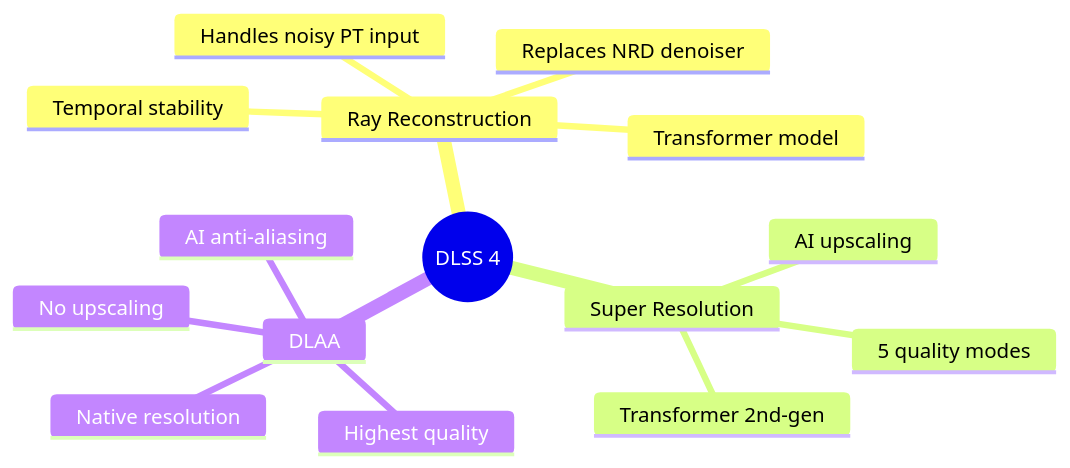
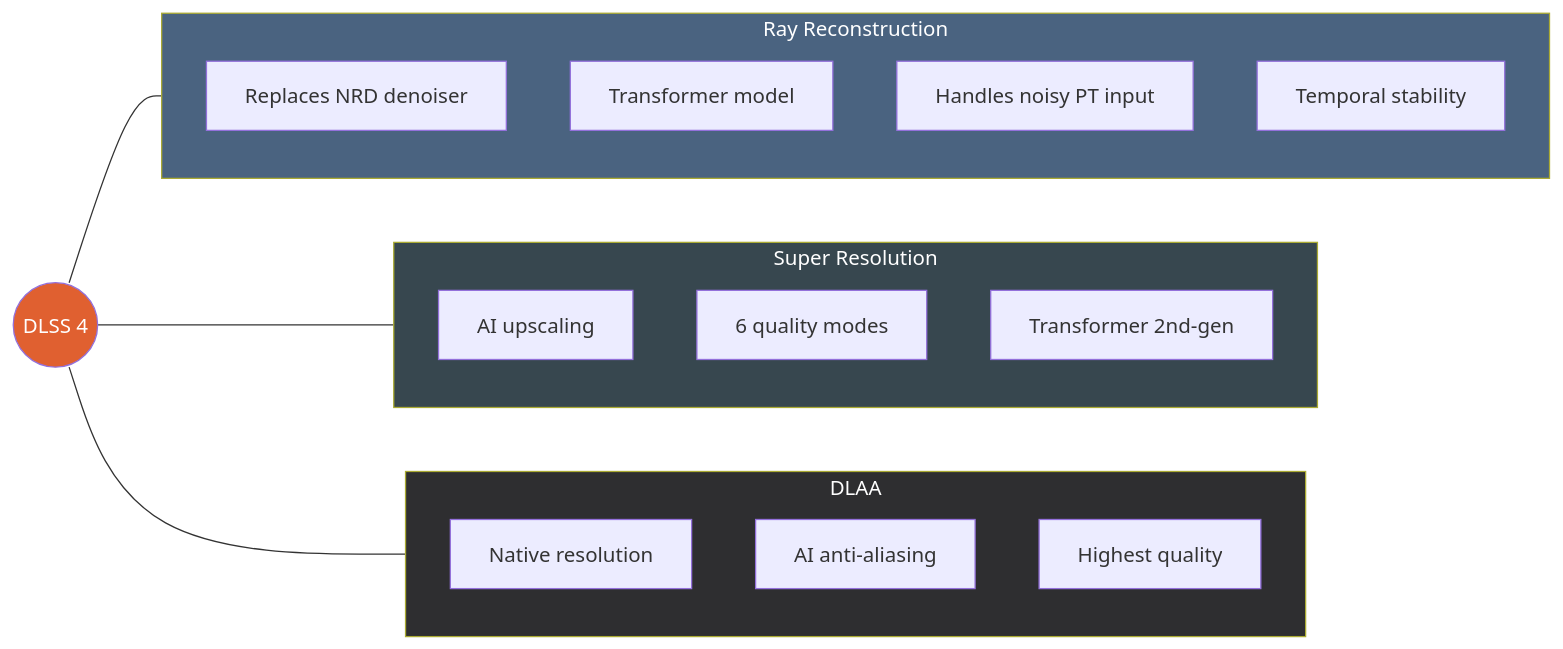
One commit to kalexis1994/ignis-rt changed the first of 2 diagrams in docs/features/dlss.md. Above: the diagram before and after it, drawn with Mermaid. The commit also changed 12 other files, not shown here.

First line of the commit message:
Docs: Ignis palette, favicon, dark-safe diagram fills, contrast JS

````diff
--- a/docs/features/dlss.md
+++ b/docs/features/dlss.md
@@ -7,18 +7,32 @@
 ```mermaid
-mindmap
-  root((DLSS 4))
-    Ray Reconstruction
-      Replaces NRD denoiser
-      Transformer model
-      Handles noisy PT input
-      Temporal stability
-    Super Resolution
-      AI upscaling
-      5 quality modes
-      Transformer 2nd-gen
-    DLAA
-      Native resolution
-      AI anti-aliasing
-      No upscaling
-      Highest quality
+flowchart LR
+    DLSS((DLSS 4))
+
+    DLSS --- RR
+    DLSS --- SR
+    DLSS --- DLAA_N
+
+    subgraph RR[Ray Reconstruction]
+        RR1[Replaces NRD denoiser]
+        RR2[Transformer model]
+        RR3[Handles noisy PT input]
+        RR4[Temporal stability]
+    end
+
+    subgraph SR[Super Resolution]
+        SR1[AI upscaling]
+        SR2[6 quality modes]
+        SR3[Transformer 2nd-gen]
+    end
+
+    subgraph DLAA_N[DLAA]
+        DLAA1[Native resolution]
+        DLAA2[AI anti-aliasing]
+        DLAA3[Highest quality]
+    end
+
+    style DLSS fill:#E06030,color:white
+    style RR fill:#4A6380,color:white
+    style SR fill:#37474F,color:white
+    style DLAA_N fill:#2E2E30,color:white
 ```
````
